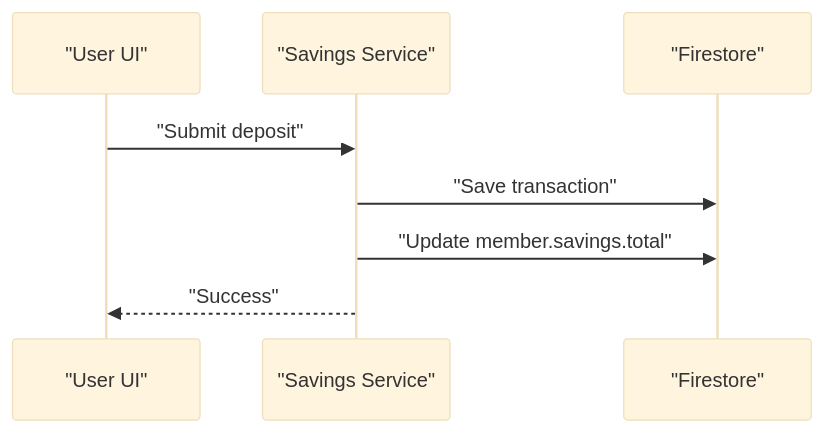
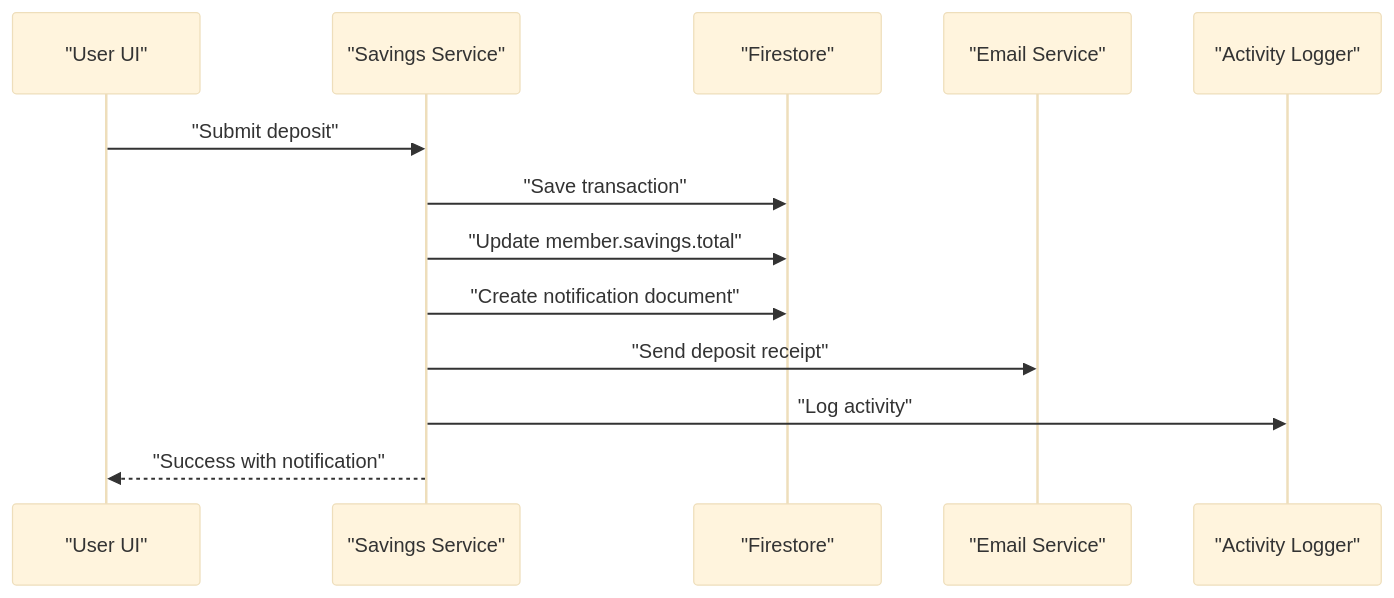
One commit to Unsure-bry/sampacoop_system changed the fourth of 6 diagrams in .qoder/repowiki/en/content/Savings Management System/Savings Transactions Processing.md. Above: the diagram before and after it, drawn with Mermaid (base theme). The commit also changed other lines of this file and 12 other files, not shown here.

````diff
--- a/.qoder/repowiki/en/content/Savings Management System/Savings Transactions Processing.md
+++ b/.qoder/repowiki/en/content/Savings Management System/Savings Transactions Processing.md
@@ -228,10 +371,15 @@
 ```mermaid
 sequenceDiagram
 participant UI as "User UI"
 participant SVC as "Savings Service"
 participant FS as "Firestore"
+participant EMAIL as "Email Service"
+participant ACT as "Activity Logger"
 UI->>SVC : "Submit deposit"
 SVC->>FS : "Save transaction"
 SVC->>FS : "Update member.savings.total"
-SVC-->>UI : "Success"
+SVC->>FS : "Create notification document"
+SVC->>EMAIL : "Send deposit receipt"
+SVC->>ACT : "Log activity"
+SVC-->>UI : "Success with notification"
 ```
````
